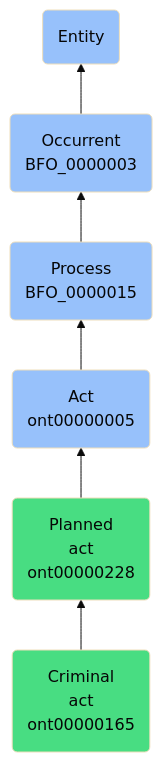
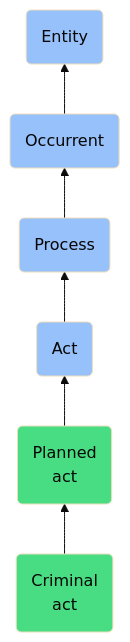
One commit to jupyter-naas/abi changed the diagram in docs/ontology/reference/model/Entity/Occurrent/Process/Act/Planned act/Criminal act/Criminal act.md. Above: the diagram before and after it, drawn with Mermaid (base theme). The commit also changed other lines of this file and 1430 other files, not shown here.

````diff
--- a/docs/ontology/reference/model/Entity/Occurrent/Process/Act/Planned act/Criminal act/Criminal act.md
+++ b/docs/ontology/reference/model/Entity/Occurrent/Process/Act/Planned act/Criminal act/Criminal act.md
@@ -24,13 +24,13 @@
 ```mermaid
 graph BT
-    ont00000165(Criminal<br>act<br>ont00000165):::ABI-->ont00000228
-    ont00000228(Planned<br>act<br>ont00000228):::ABI-->ont00000005
-    ont00000005(Act<br>ont00000005):::BFO-->BFO_0000015
-    BFO_0000015(Process<br>BFO_0000015):::BFO-->BFO_0000003
-    BFO_0000003(Occurrent<br>BFO_0000003):::BFO-->BFO_0000001
+    ont00000165(Criminal<br>act):::ABI-->ont00000228
+    ont00000228(Planned<br>act):::ABI-->ont00000005
+    ont00000005(Act):::BFO-->BFO_0000015
+    BFO_0000015(Process):::BFO-->BFO_0000003
+    BFO_0000003(Occurrent):::BFO-->BFO_0000001
     BFO_0000001(Entity):::BFO
     
     classDef BFO fill:#97c1fb,color:#060606
     classDef CCO fill:#e4c51e,color:#060606
     classDef ABI fill:#48DD82,color:#060606
 ```
````
